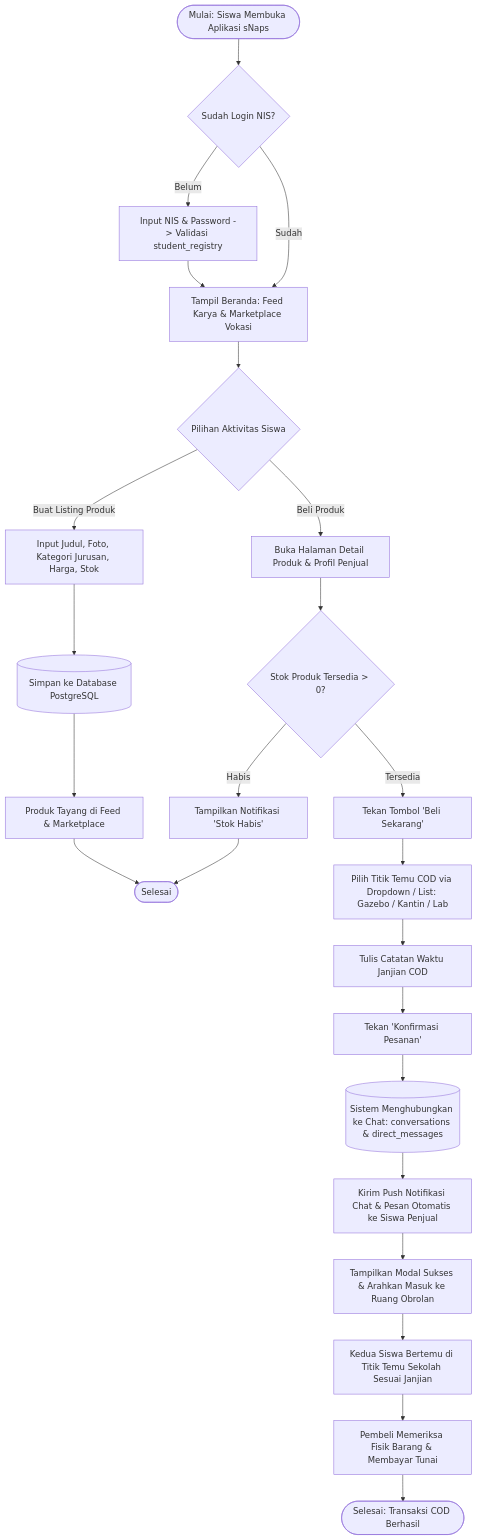
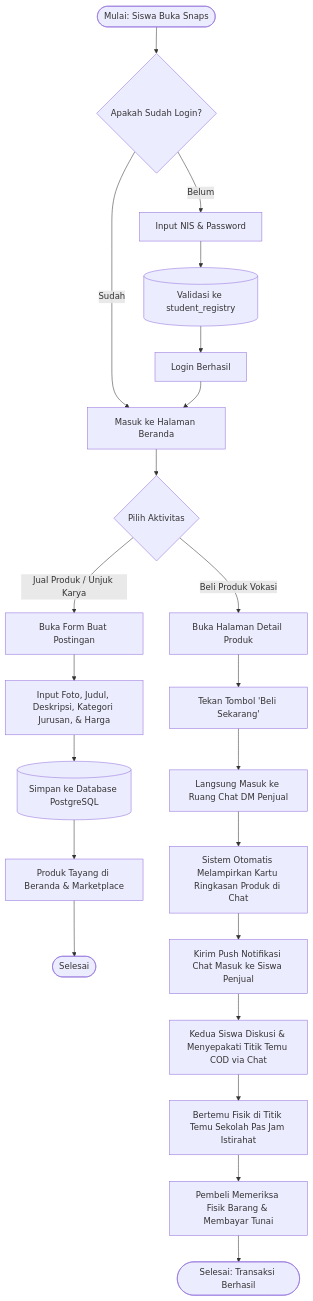
The second of 11 diagrams in docs/bab3/BAB_III_PERANCANGAN_ARSITEKTUR_SISTEM.md (HelloRayy/snaps), drawn with Mermaid before and after one commit. The commit also changed 3 other files, not shown here.

Commit message:
docs(bab3): simplify flowchart with direct-to-DM flow and natural phrasing

````diff
--- a/docs/bab3/BAB_III_PERANCANGAN_ARSITEKTUR_SISTEM.md
+++ b/docs/bab3/BAB_III_PERANCANGAN_ARSITEKTUR_SISTEM.md
@@ -47,32 +47,31 @@
 ```mermaid
 flowchart TD
-    Start([Mulai: Siswa Membuka Aplikasi sNaps]) --> AuthCheck{Sudah Login NIS?}
-    AuthCheck -- Belum --> LoginNIS[Input NIS & Password -> Validasi student_registry]
-    LoginNIS --> FeedScreen[Tampil Beranda: Feed Karya & Marketplace Vokasi]
-    AuthCheck -- Sudah --> FeedScreen
+    Start([Mulai: Siswa Buka Snaps]) --> AuthCheck{Apakah Sudah Login?}
+    AuthCheck -- Belum --> LoginNIS[Input NIS & Password]
+    LoginNIS --> ValidateDB[(Validasi ke student_registry)]
+    ValidateDB --> LoginSuccess[Login Berhasil]
     
-    FeedScreen --> ActionChoice{Pilihan Aktivitas Siswa}
+    AuthCheck -- Sudah --> FeedScreen[Masuk ke Halaman Beranda]
+    LoginSuccess --> FeedScreen
+    
+    FeedScreen --> ActionChoice{Pilih Aktivitas}
     
     %% Alur Penjual
-    ActionChoice -- Buat Listing Produk --> FormProduct[Input Judul, Foto, Kategori Jurusan, Harga, Stok]
-    FormProduct --> SaveDB[(Simpan ke Database PostgreSQL)]
-    SaveDB --> PostPublished[Produk Tayang di Feed & Marketplace] --> EndWait([Selesai])
+    ActionChoice -- Jual Produk / Unjuk Karya --> FormProduct[Buka Form Buat Postingan]
+    FormProduct --> FillData[Input Foto, Judul, Deskripsi, Kategori Jurusan, & Harga]
+    FillData --> SaveDB[(Simpan ke Database PostgreSQL)]
+    SaveDB --> PostPublished[Produk Tayang di Beranda & Marketplace] --> EndWait([Selesai])
     
     %% Alur Pembeli
-    ActionChoice -- Beli Produk --> ViewDetail[Buka Halaman Detail Produk & Profil Penjual]
-    ViewDetail --> CheckStock{Stok Produk Tersedia > 0?}
-    CheckStock -- Habis --> AlertEmpty[Tampilkan Notifikasi 'Stok Habis'] --> EndWait
-    CheckStock -- Tersedia --> TapCheckout[Tekan Tombol 'Beli Sekarang']
+    ActionChoice -- Beli Produk Vokasi --> ViewDetail[Buka Halaman Detail Produk]
+    ViewDetail --> TapCheckout[Tekan Tombol 'Beli Sekarang']
     
-    TapCheckout --> SelectMeetingPoint[Pilih Titik Temu COD via Dropdown / List: Gazebo / Kantin / Lab]
-    SelectMeetingPoint --> InputNotes[Tulis Catatan Waktu Janjian COD]
-    InputNotes --> ConfirmOrder[Tekan 'Konfirmasi Pesanan']
+    TapCheckout --> DirectToDM[Langsung Masuk ke Ruang Chat DM Penjual]
+    DirectToDM --> AttachCard[Sistem Otomatis Melampirkan Kartu Ringkasan Produk di Chat]
+    AttachCard --> SendPushNotif[Kirim Push Notifikasi Chat Masuk ke Siswa Penjual]
+    SendPushNotif --> ChatAgreement[Kedua Siswa Diskusi & Menyepakati Titik Temu COD via Chat]
     
-    ConfirmOrder --> SystemProcess[(Sistem Menghubungkan ke Chat: conversations & direct_messages)]
-    SystemProcess --> SendPushNotif[Kirim Push Notifikasi Chat & Pesan Otomatis ke Siswa Penjual]
-    SendPushNotif --> OrderSuccessModal[Tampilkan Modal Sukses & Arahkan Masuk ke Ruang Obrolan]
-    
-    OrderSuccessModal --> MeetCOD[Kedua Siswa Bertemu di Titik Temu Sekolah Sesuai Janjian]
+    ChatAgreement --> MeetCOD[Bertemu Fisik di Titik Temu Sekolah Pas Jam Istirahat]
     MeetCOD --> InspectItem[Pembeli Memeriksa Fisik Barang & Membayar Tunai]
-    InspectItem --> Finish([Selesai: Transaksi COD Berhasil])
+    InspectItem --> Finish([Selesai: Transaksi Berhasil])
 ```
````
